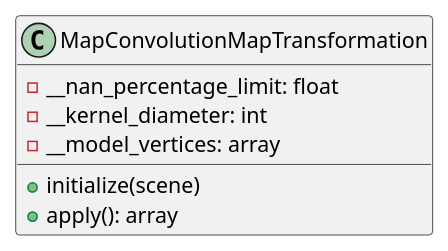
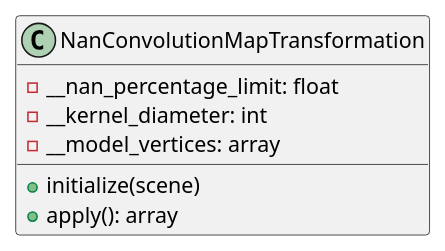
One commit to SergioAlvarezM/Proyecto_de_Memoria changed the diagram in docs/classes/NanConvolutionMapTransformation.puml. Above: the diagram before and after it, drawn with PlantUML.

```diff
--- a/docs/classes/NanConvolutionMapTransformation.puml
+++ b/docs/classes/NanConvolutionMapTransformation.puml
@@ -1,13 +1,13 @@
 @startuml
 'https://plantuml.com/class-diagram
 
-class MapConvolutionMapTransformation {
+class NanConvolutionMapTransformation {
     - __nan_percentage_limit: float
     - __kernel_diameter: int
     - __model_vertices: array
 
     + initialize(scene)
     + apply(): array
 }
 
 @enduml
```
